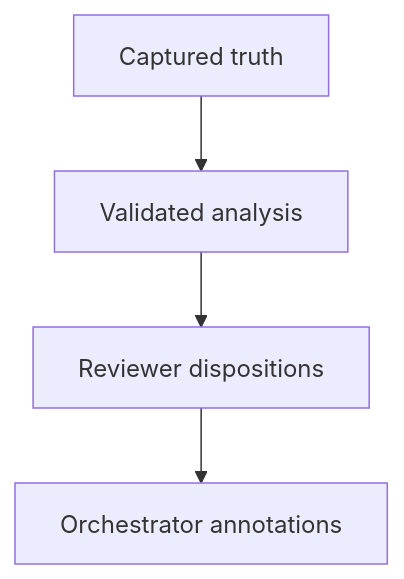
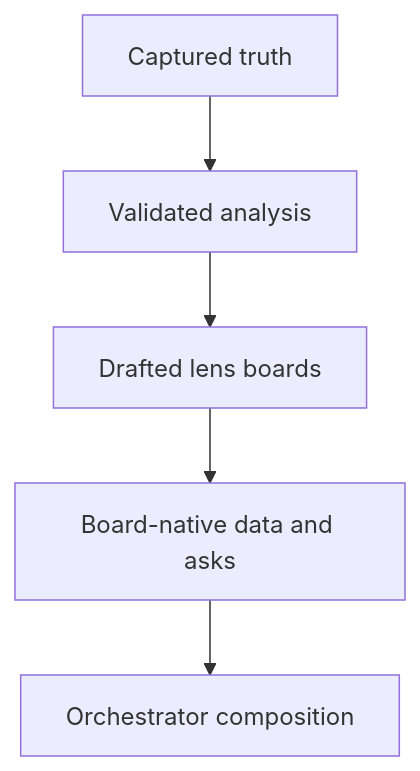
The third of 3 diagrams in docs/developing/decisions/contracts-and-rulings.md (rbutera/Rennet), drawn with Mermaid before and after one commit. The commit also changed other lines of this file and 28 other files, not shown here.

````diff
--- a/docs/developing/decisions/contracts-and-rulings.md
+++ b/docs/developing/decisions/contracts-and-rulings.md
@@ -167,6 +167,7 @@
 ```mermaid
 flowchart TB
   capture["Captured truth"] --> analysis["Validated analysis"]
-  analysis --> dispositions["Reviewer dispositions"]
-  dispositions --> annotations["Orchestrator annotations"]
+  analysis --> boards["Drafted lens boards"]
+  boards --> human["Board-native data and asks"]
+  human --> composition["Orchestrator composition"]
 ```
````
